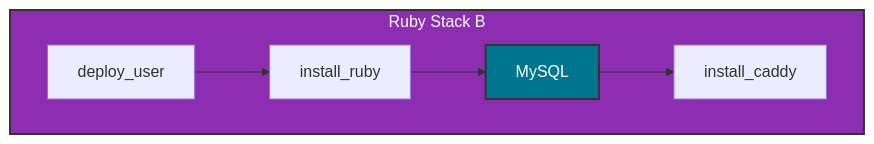
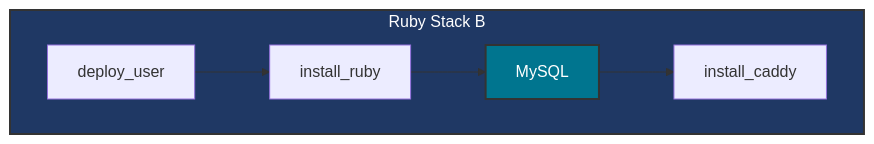
One commit to bparanj/hivegrid.dev changed the second of 10 diagrams in README.md. Above: the diagram before and after it, drawn with Mermaid.

Commit message:
Revise color to be consistent

````diff
--- a/README.md
+++ b/README.md
@@ -44,12 +44,12 @@
 ```mermaid
 graph TD
 
 subgraph StackB[Ruby Stack B]
     A[deploy_user] --> B[install_ruby]
     B --> C[MySQL]
     C --> D[install_caddy]
     
-    style StackB fill:#8C2DB2,stroke:#333,stroke-width:2px,color:#fff
+    style StackB fill:#1f3864,stroke:#333,stroke-width:2px,color:#fff
     style C fill:#00758F,stroke:#333,stroke-width:2px,color:#fff
 end
 ```
````
